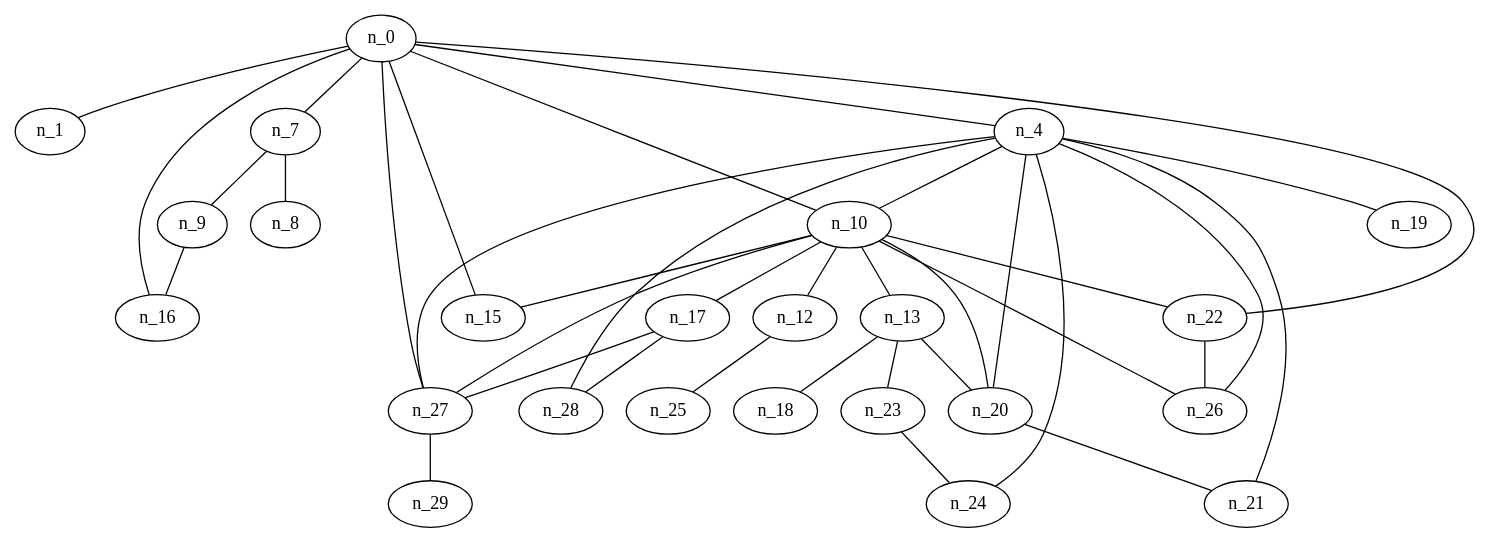
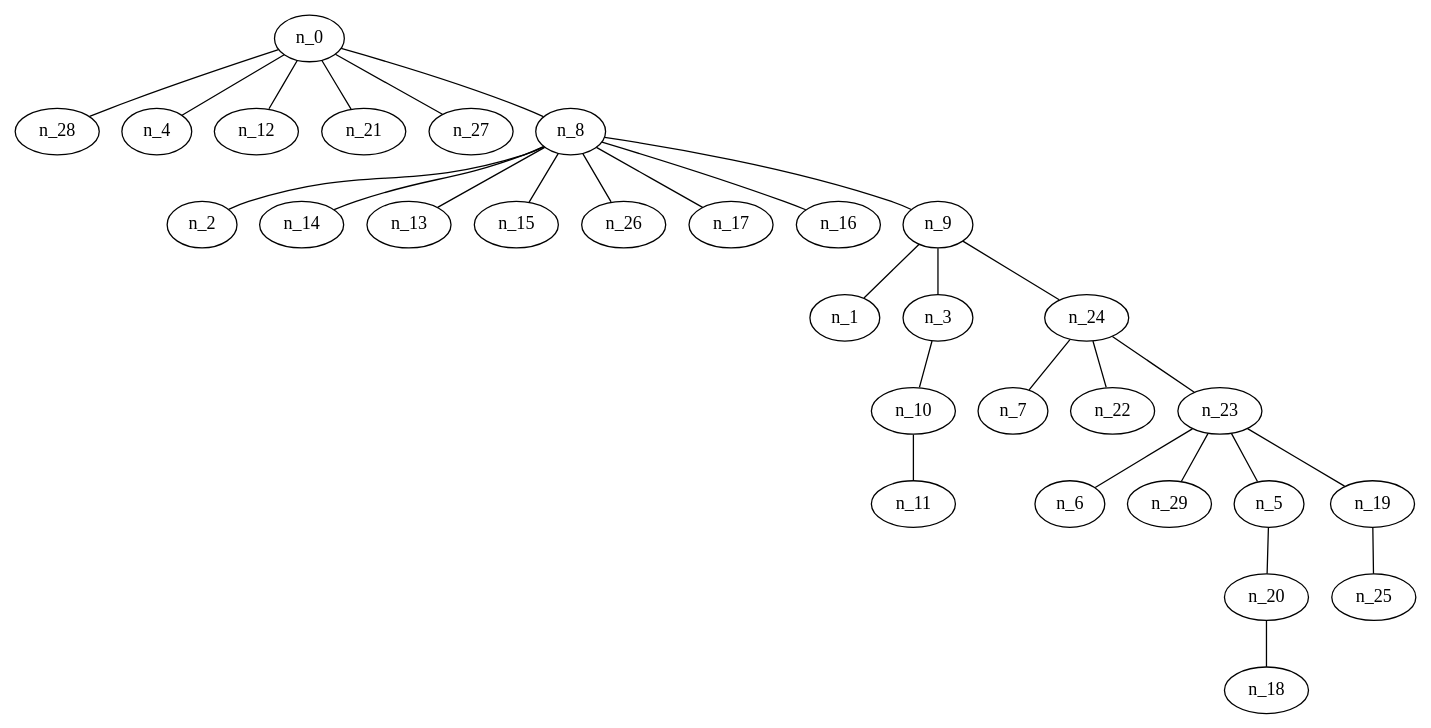
Before and after one commit to AkatzinBH/DAA: the diagram in Proyecto2/30 Nodos/Erdos/grafoErdosRenyi_30_120_DFS_I.gv, drawn with Graphviz. The commit also changed 3 other files, not shown here.

```diff
--- a/Proyecto2/30 Nodos/Erdos/grafoErdosRenyi_30_120_DFS_I.gv
+++ b/Proyecto2/30 Nodos/Erdos/grafoErdosRenyi_30_120_DFS_I.gv
@@ -1,63 +1,61 @@
 graph grafoErdosRenyi_30_120_DFS_I  {
 n_0;
+n_28;
+n_4;
+n_12;
+n_21;
+n_27;
+n_8;
+n_2;
+n_14;
+n_13;
+n_15;
+n_26;
+n_17;
+n_16;
+n_9;
 n_1;
+n_3;
+n_24;
+n_7;
 n_22;
-n_16;
-n_15;
-n_27;
+n_23;
+n_6;
+n_29;
+n_5;
+n_19;
+n_25;
+n_20;
+n_18;
 n_10;
-n_7;
-n_4;
-n_20;
-n_21;
-n_24;
-n_28;
-n_26;
-n_19;
-n_12;
-n_13;
-n_17;
-n_29;
-n_18;
-n_23;
-n_25;
-n_9;
-n_8;
-n_0 -- n_1;
-n_0 -- n_22;
-n_0 -- n_16;
-n_0 -- n_15;
+n_11;
+n_0 -- n_28;
+n_0 -- n_4;
+n_0 -- n_12;
+n_0 -- n_21;
 n_0 -- n_27;
-n_0 -- n_10;
-n_0 -- n_7;
-n_0 -- n_4;
-n_4 -- n_20;
-n_4 -- n_21;
-n_4 -- n_24;
-n_4 -- n_28;
-n_4 -- n_27;
-n_4 -- n_26;
-n_4 -- n_19;
-n_4 -- n_10;
-n_10 -- n_12;
-n_10 -- n_15;
-n_10 -- n_27;
-n_10 -- n_26;
-n_10 -- n_20;
-n_10 -- n_13;
-n_10 -- n_22;
-n_10 -- n_17;
-n_17 -- n_28;
-n_17 -- n_27;
-n_27 -- n_29;
-n_22 -- n_26;
-n_13 -- n_18;
-n_13 -- n_20;
-n_13 -- n_23;
-n_23 -- n_24;
-n_20 -- n_21;
-n_12 -- n_25;
-n_7 -- n_9;
-n_7 -- n_8;
-n_9 -- n_16;
+n_0 -- n_8;
+n_8 -- n_2;
+n_8 -- n_14;
+n_8 -- n_13;
+n_8 -- n_15;
+n_8 -- n_26;
+n_8 -- n_17;
+n_8 -- n_16;
+n_8 -- n_9;
+n_9 -- n_1;
+n_9 -- n_3;
+n_9 -- n_24;
+n_24 -- n_7;
+n_24 -- n_22;
+n_24 -- n_23;
+n_23 -- n_6;
+n_23 -- n_29;
+n_23 -- n_5;
+n_23 -- n_19;
+n_19 -- n_25;
+n_5 -- n_20;
+n_20 -- n_18;
+n_3 -- n_10;
+n_10 -- n_11;
 }
```
